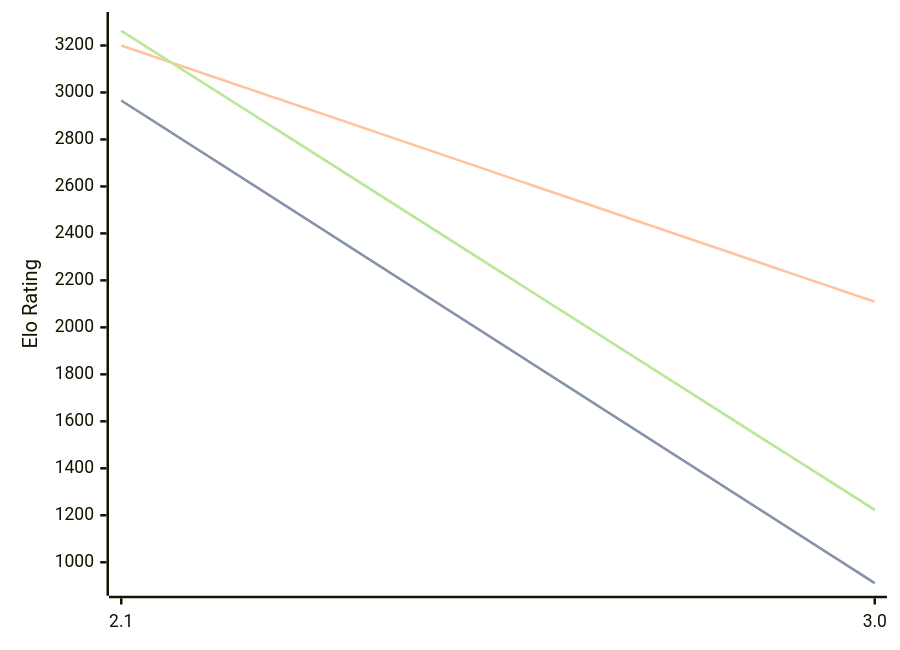
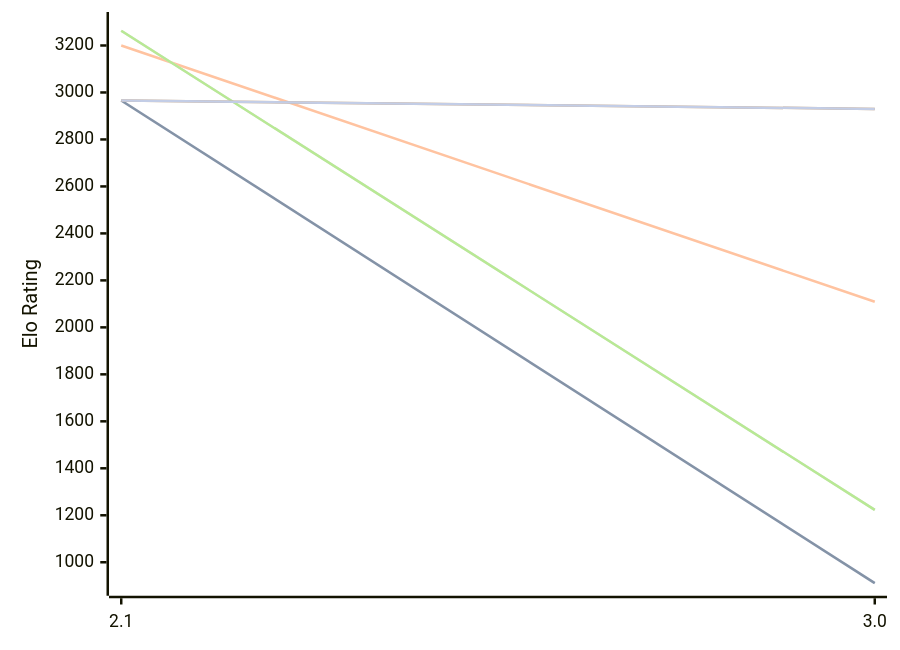
Before and after one commit to computer-chess-index/cci: the diagram in engines/Quirky.md, drawn with Mermaid. The commit also changed other lines of this file, not shown here.

Commit message:
Update CCI Ratings (ELO VLTC) - 2026-10-11

````diff
--- a/engines/Quirky.md
+++ b/engines/Quirky.md
@@ -48,16 +48,13 @@
 ```mermaid
 %%{init: {"theme":"base","themeVariables":{"seriesColors:['#a3a3a3','#222221','#faa371']}}}%%
 xychart-beta
   x-axis ["2.1", "3.0"]
   y-axis "Elo Rating" 900 --> 3300
   line "" [2966, 911]
   line "T1: STC (8.0+0.08s)" [2966, 911]
   line "T1: LTC (60.0+0.60s)" [3200, 2109]
   line "" [3263, 1223]
   line "T1: VLTC (2m24s+1.12s)" [3263, 1223]
-  line "" [2916]
-  line "E1: STC (8.0+0.08s)" [2916]
-  line "E1: LTC (60.0+0.60s)" [3086]
-  line "" [3139]
-  line "E1: VLTC (2m24s+1.12s)" [3139]
+  line "" [2966,2930]
+  line "E1: STC (8.0+0.08s)" [2966,2930]
 ```
````
